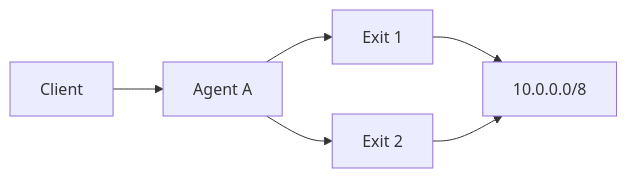
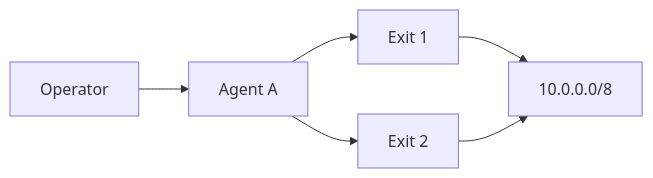
Before and after one commit to Muti-Metroo/Muti-Metroo: the fourth of 4 diagrams in docs/docs/intro.md, drawn with Mermaid. The commit also changed other lines of this file and 36 other files, not shown here.

````diff
--- a/docs/docs/intro.md
+++ b/docs/docs/intro.md
@@ -90,8 +91,8 @@
 ```mermaid
 flowchart LR
-    Client[Client] --> A[Agent A]
+    Client[Operator] --> A[Agent A]
     A --> B1[Exit 1]
     A --> B2[Exit 2]
     B1 --> Net[10.0.0.0/8]
     B2 --> Net
 ```
````
